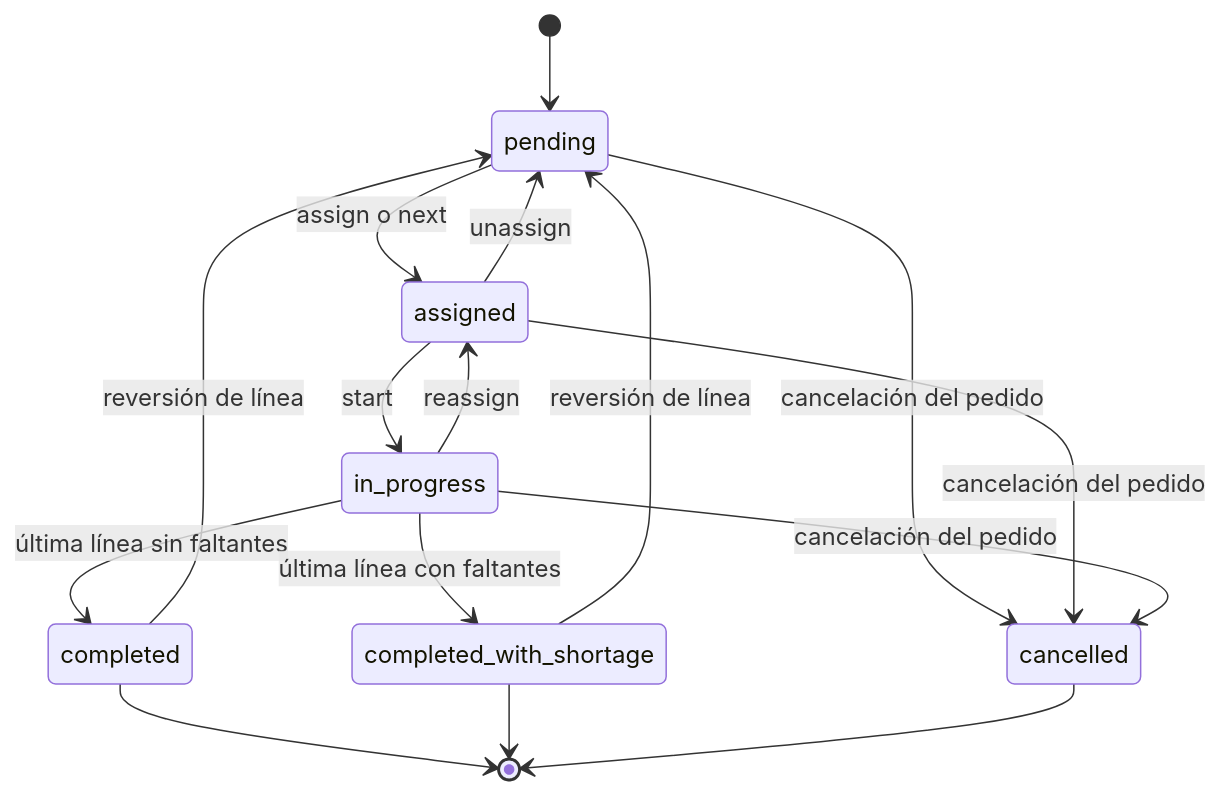
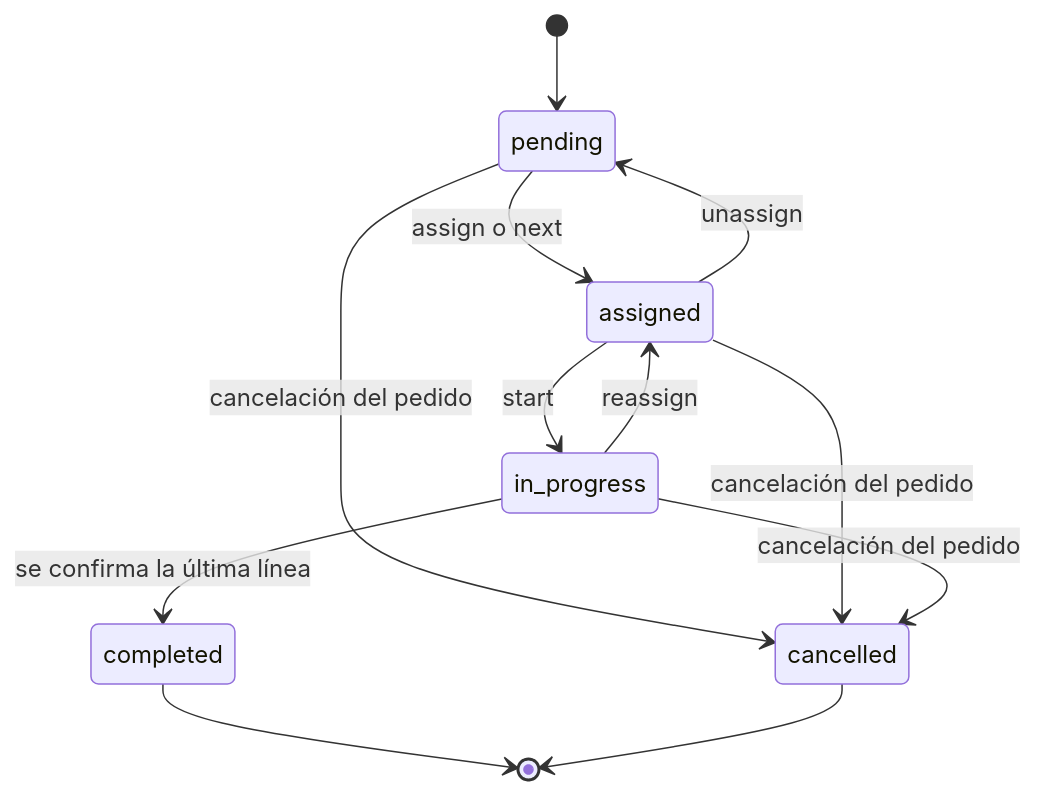
The fifth of 6 diagrams in docs/03-architecture/domain-model.md (maruccimauro/Warehouse-Management-System), drawn with Mermaid before and after one commit. The commit also changed other lines of this file and 4 other files, not shown here.

````diff
--- a/docs/03-architecture/domain-model.md
+++ b/docs/03-architecture/domain-model.md
@@ -212,18 +214,14 @@
 ```mermaid
 stateDiagram-v2
   [*] --> pending
   pending --> assigned: assign o next
   assigned --> pending: unassign
   assigned --> in_progress: start
   in_progress --> assigned: reassign
-  in_progress --> completed: última línea sin faltantes
-  in_progress --> completed_with_shortage: última línea con faltantes
+  in_progress --> completed: se confirma la última línea
   pending --> cancelled: cancelación del pedido
   assigned --> cancelled: cancelación del pedido
   in_progress --> cancelled: cancelación del pedido
-  completed --> pending: reversión de línea
-  completed_with_shortage --> pending: reversión de línea
   completed --> [*]
-  completed_with_shortage --> [*]
   cancelled --> [*]
 ```
````
